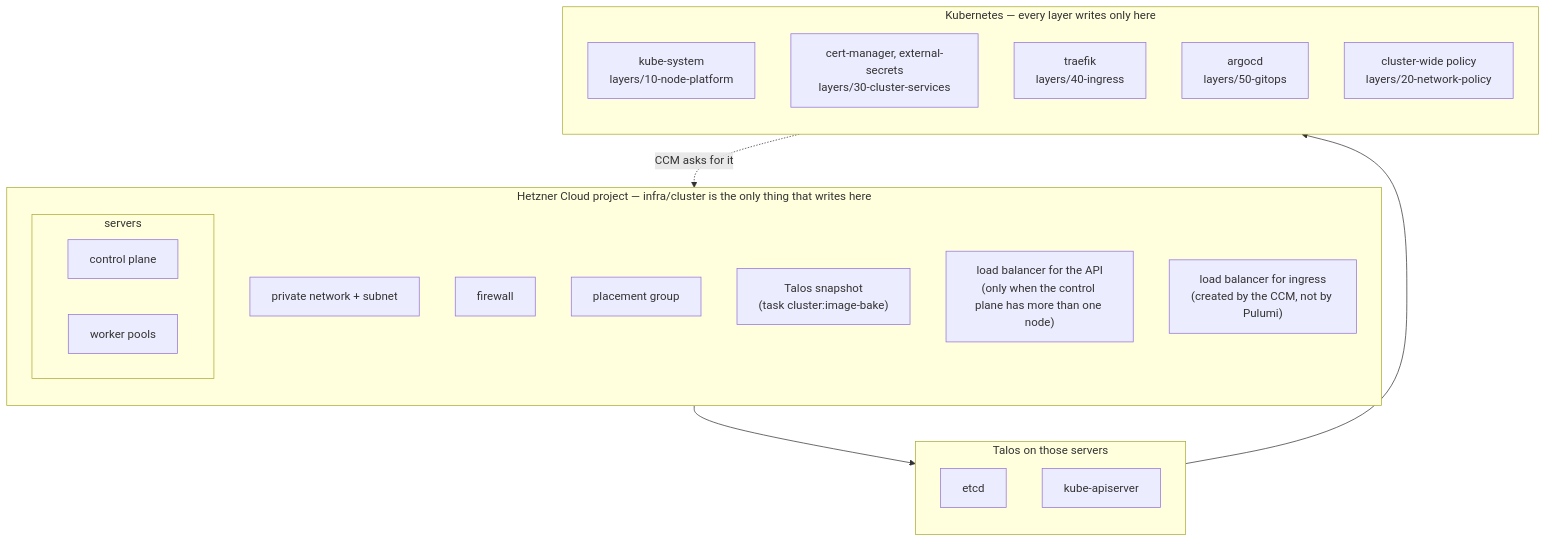
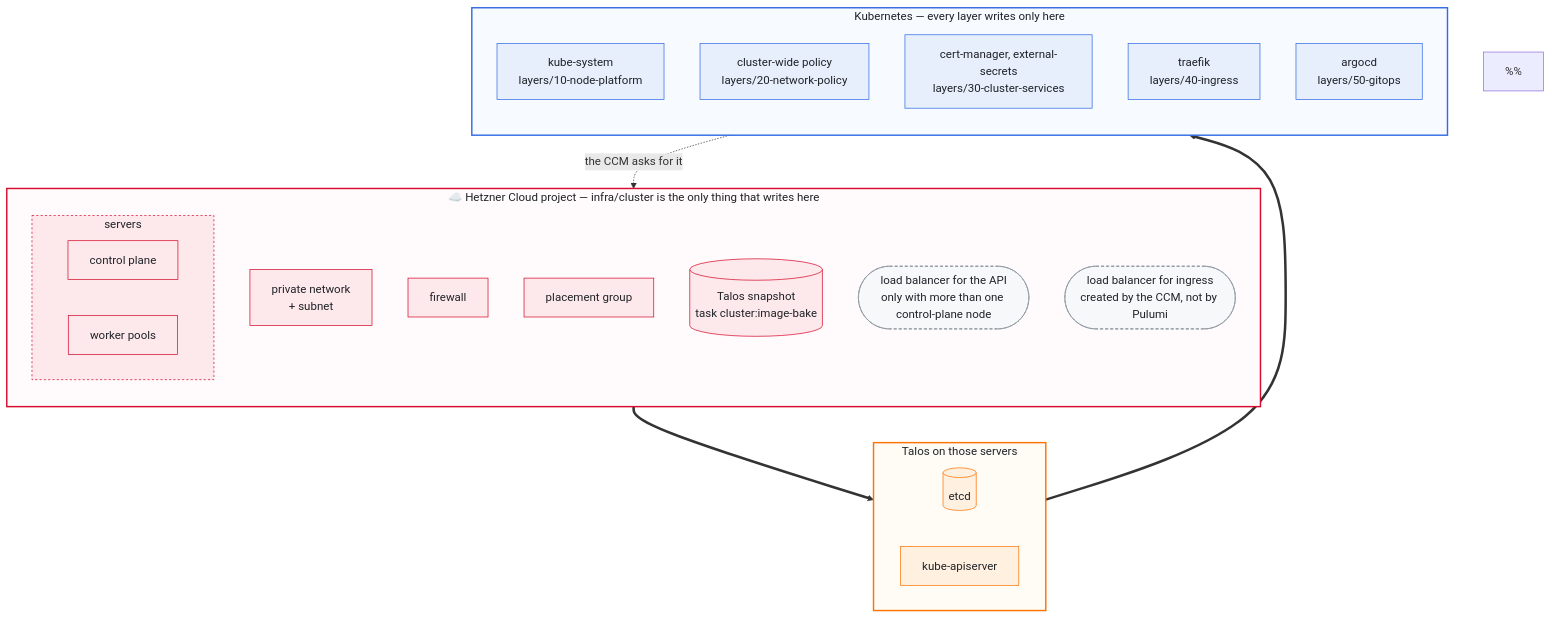
One commit to oleg-tkachuk/hetzner-iac changed the first of 3 diagrams in docs/design.md. Above: the diagram before and after it, drawn with Mermaid. The commit also changed other lines of this file and 1 other file, not shown here.

First line of the commit message:
docs: colour the diagrams, and say whose CNI is missing

````diff
--- a/docs/design.md
+++ b/docs/design.md
@@ -12,38 +12,60 @@
 ```mermaid
 flowchart TB
-    subgraph hetzner["Hetzner Cloud project — infra/cluster is the only thing that writes here"]
+    %% Palette from the README badges: Hetzner red, Talos orange, Kubernetes
+    %% blue, so the header and the diagrams read as one thing and the colour
+    %% says whose territory a box is in.
+    %%
+    %% Fills are pale and text is near-black explicitly. GitHub renders this in
+    %% both themes, and a colour left to the theme picks one of them and is
+    %% unreadable in the other.
+    classDef hetzner fill:#fde8eb,stroke:#d50c2d,stroke-width:1px,color:#1f2328
+    classDef talos fill:#fff0e0,stroke:#ff7300,stroke-width:1px,color:#1f2328
+    classDef kube fill:#e7effc,stroke:#326ce5,stroke-width:1px,color:#1f2328
+    classDef derived fill:#f6f8fa,stroke:#8c959f,stroke-width:1px,stroke-dasharray:4 3,color:#1f2328
+
+    subgraph hetzner["☁️ Hetzner Cloud project — infra/cluster is the only thing that writes here"]
         direction TB
-        net["private network + subnet"]
+        net["private network<br/>+ subnet"]
         fw["firewall"]
         pg["placement group"]
-        snap["Talos snapshot<br/>(task cluster:image-bake)"]
+        snap[("Talos snapshot<br/>task cluster:image-bake")]
 
         subgraph servers["servers"]
             direction LR
             cp["control plane"]
             wk["worker pools"]
         end
 
-        apilb["load balancer for the API<br/>(only when the control plane has more than one node)"]
-        inglb["load balancer for ingress<br/>(created by the CCM, not by Pulumi)"]
+        apilb(["load balancer for the API<br/>only with more than one control-plane node"])
+        inglb(["load balancer for ingress<br/>created by the CCM, not by Pulumi"])
     end
 
     subgraph talos["Talos on those servers"]
-        direction TB
-        etcd["etcd"]
+        direction LR
+        etcd[("etcd")]
         api["kube-apiserver"]
     end
 
     subgraph k8s["Kubernetes — every layer writes only here"]
         direction TB
         ks["kube-system<br/>layers/10-node-platform"]
+        pol["cluster-wide policy<br/>layers/20-network-policy"]
         cmns["cert-manager, external-secrets<br/>layers/30-cluster-services"]
         tns["traefik<br/>layers/40-ingress"]
         argons["argocd<br/>layers/50-gitops"]
-        pol["cluster-wide policy<br/>layers/20-network-policy"]
     end
 
-    servers --> talos
-    talos --> k8s
-    ks -.->|"CCM asks for it"| inglb
+    servers ==> talos
+    talos ==> k8s
+    ks -.->|"the CCM asks for it"| inglb
+
+    class net,fw,pg,snap,cp,wk hetzner
+    class apilb,inglb derived
+    class etcd,api talos
+    class ks,pol,cmns,tns,argons kube
+
+    style hetzner fill:#fffafb,stroke:#d50c2d,stroke-width:2px,color:#1f2328
+    style servers fill:#fde8eb,stroke:#d50c2d,stroke-dasharray:3 3,color:#1f2328
+    style talos fill:#fffbf5,stroke:#ff7300,stroke-width:2px,color:#1f2328
+    style k8s fill:#f7faff,stroke:#326ce5,stroke-width:2px,color:#1f2328
 ```
````
